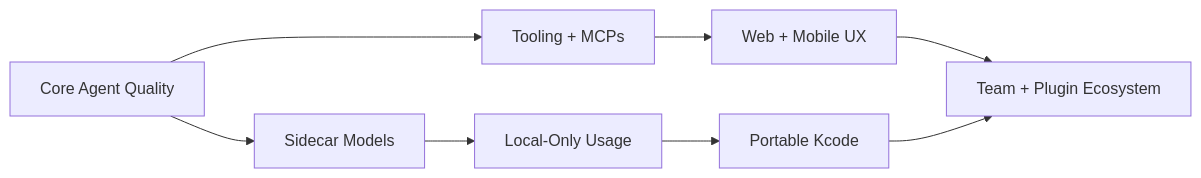
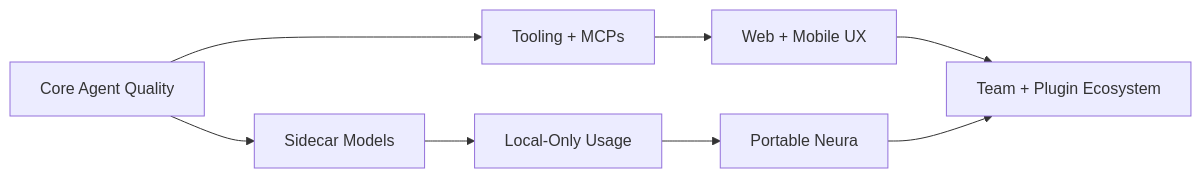
Before and after one commit to icedmoca/neura: the first of 2 diagrams in docs/TODO.md, drawn with Mermaid. The commit also changed other lines of this file and 562 other files, not shown here.

Commit message:
Rename Kcode to Neura

````diff
--- a/docs/TODO.md
+++ b/docs/TODO.md
@@ -5,10 +5,10 @@
 ```mermaid
 flowchart LR
     A[Core Agent Quality] --> B[Sidecar Models]
     A --> C[Tooling + MCPs]
     B --> D[Local-Only Usage]
     C --> E[Web + Mobile UX]
-    D --> F[Portable Kcode]
+    D --> F[Portable Neura]
     E --> G[Team + Plugin Ecosystem]
     F --> G
 ```
````
